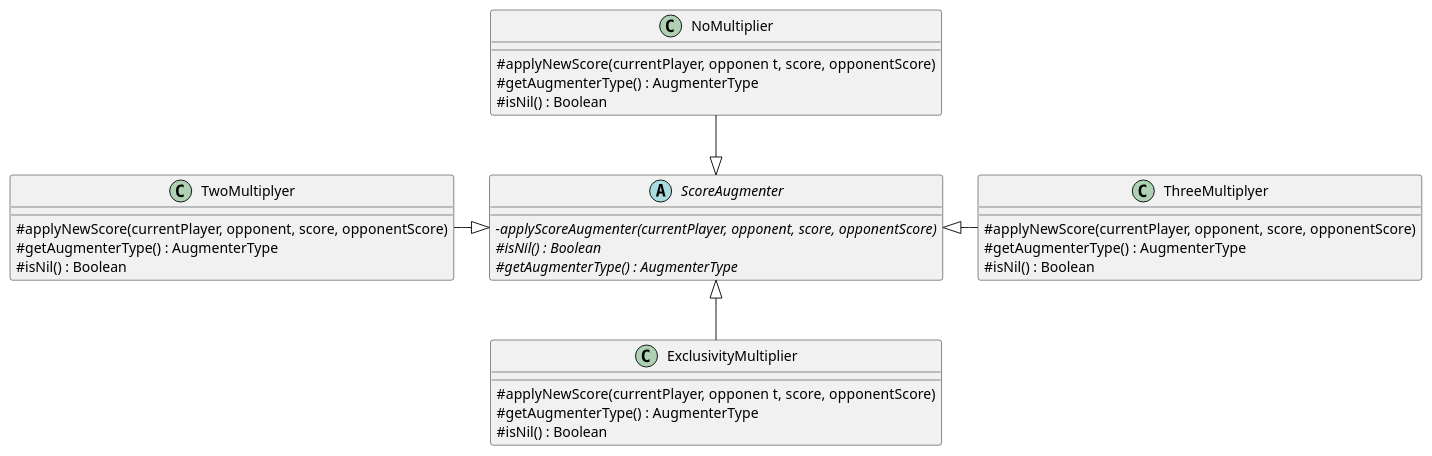
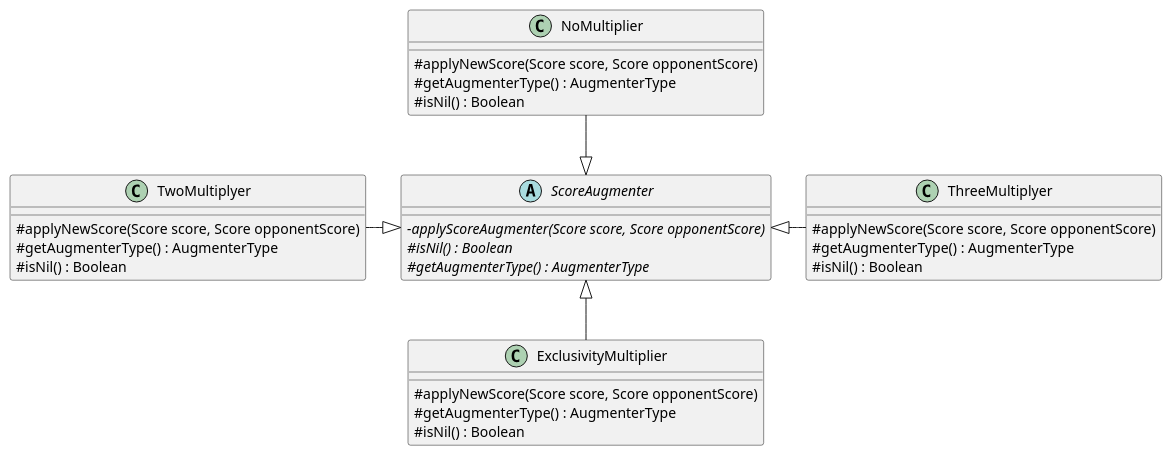
The diagram in docs/DiagramaClases-DetalleAugmentation.plantuml (diegosanchez/TP2-Kahoot), drawn with PlantUML before and after one commit. The commit also changed 11 other files, not shown here.

Commit message:
Corrección de diagramas

```diff
--- a/docs/DiagramaClases-DetalleAugmentation.plantuml
+++ b/docs/DiagramaClases-DetalleAugmentation.plantuml
@@ -1,42 +1,42 @@
 @startuml DiagramaUML-DetalleAugmentation-TP2
 
 skinparam classAttributeIconSize 0
 
 abstract ScoreAugmenter{
-    - {abstract}applyScoreAugmenter(currentPlayer, opponent, score, opponentScore)
+    - {abstract}applyScoreAugmenter(Score score, Score opponentScore)
     # {abstract}isNil() : Boolean
     # {abstract}getAugmenterType() : AugmenterType
 }
 
 class ThreeMultiplyer{
-    # applyNewScore(currentPlayer, opponent, score, opponentScore)
+    # applyNewScore(Score score, Score opponentScore)
     # getAugmenterType() : AugmenterType
     # isNil() : Boolean
 }
 
 class TwoMultiplyer{
-    # applyNewScore(currentPlayer, opponent, score, opponentScore)
+    # applyNewScore(Score score, Score opponentScore)
     # getAugmenterType() : AugmenterType
     # isNil() : Boolean
 }
 
 class ExclusivityMultiplier{
-    # applyNewScore(currentPlayer, opponen  t, score, opponentScore)
+    # applyNewScore(Score score, Score opponentScore)
     # getAugmenterType() : AugmenterType
     # isNil() : Boolean
 }
 
 class NoMultiplier{
-    # applyNewScore(currentPlayer, opponen  t, score, opponentScore)
+    # applyNewScore(Score score, Score opponentScore)
     # getAugmenterType() : AugmenterType
     # isNil() : Boolean
 }
 
 
 ThreeMultiplyer --left|> ScoreAugmenter
 TwoMultiplyer --right|> ScoreAugmenter
 NoMultiplier --down|> ScoreAugmenter
 
 ExclusivityMultiplier --up|> ScoreAugmenter
 
 @enduml
```
